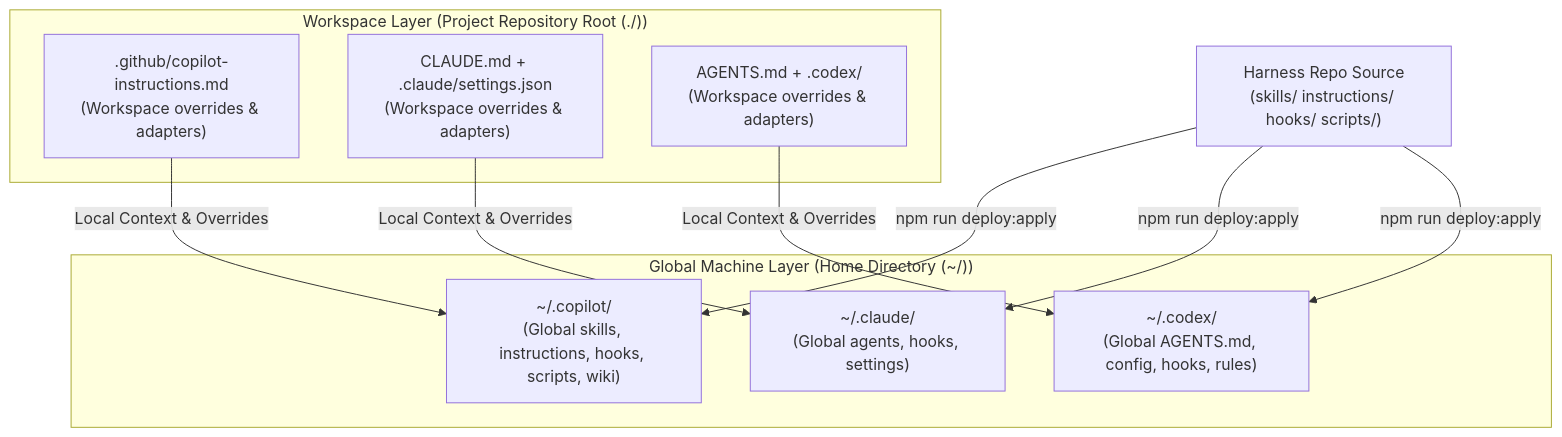
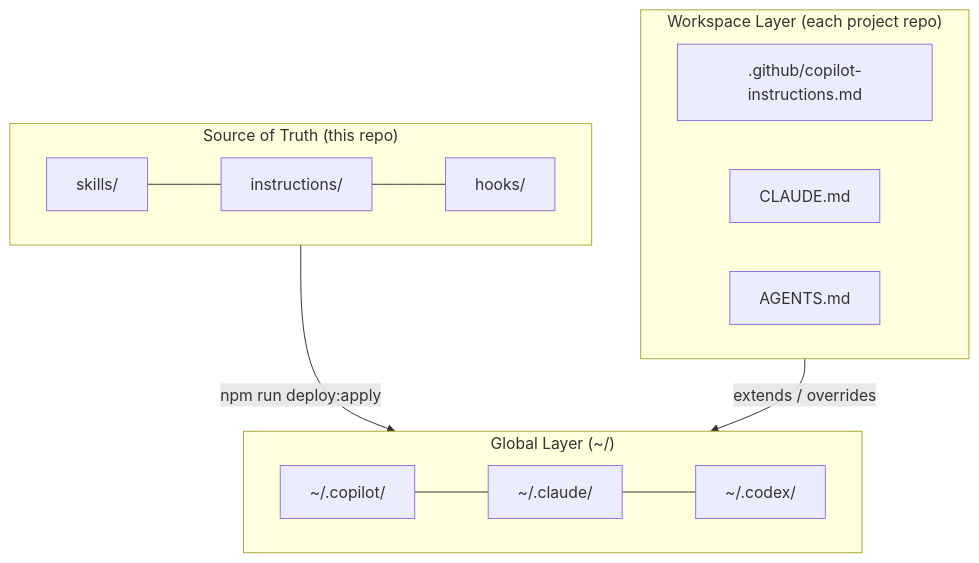
The diagram in ARCHITECTURE.md (chf3198/megingjord-harness), drawn with Mermaid before and after one commit. The commit also changed other lines of this file and 18 other files, not shown here.

````diff
--- a/ARCHITECTURE.md
+++ b/ARCHITECTURE.md
@@ -11,24 +34,16 @@
 ```mermaid
 graph TD
-    subgraph Global ["Global Machine Layer (Home Directory (~/))"]
-        G_Copilot["~/.copilot/<br>(Global skills, instructions, hooks, scripts, wiki)"]
-        G_Claude["~/.claude/<br>(Global agents, hooks, settings)"]
-        G_Codex["~/.codex/<br>(Global AGENTS.md, config, hooks, rules)"]
-    end
-
-    subgraph Local ["Workspace Layer (Project Repository Root (./))"]
-        W_Copilot[".github/copilot-instructions.md<br>(Workspace overrides & adapters)"]
-        W_Claude["CLAUDE.md + .claude/settings.json<br>(Workspace overrides & adapters)"]
-        W_Codex["AGENTS.md + .codex/<br>(Workspace overrides & adapters)"]
-    end
-
-    %% Deployment flow
-    Deploy["Harness Repo Source<br>(skills/ instructions/ hooks/ scripts/)"] -->|npm run deploy:apply| G_Copilot
-    Deploy -->|npm run deploy:apply| G_Claude
-    Deploy -->|npm run deploy:apply| G_Codex
-
-    %% Override flow
-    W_Copilot -->|Local Context & Overrides| G_Copilot
-    W_Claude -->|Local Context & Overrides| G_Claude
-    W_Codex -->|Local Context & Overrides| G_Codex
+  subgraph Repo ["Source of Truth (this repo)"]
+    skills["skills/"] --- instr["instructions/"] --- hooks["hooks/"]
+  end
+  subgraph Global ["Global Layer (~/)"]
+    cop["~/.copilot/"] --- claude["~/.claude/"] --- codex["~/.codex/"]
+  end
+  subgraph Workspace ["Workspace Layer (each project repo)"]
+    w_cop[".github/copilot-instructions.md"]
+    w_claude["CLAUDE.md"]
+    w_codex["AGENTS.md"]
+  end
+  Repo -->|npm run deploy:apply| Global
+  Workspace -->|extends / overrides| Global
 ```
````
